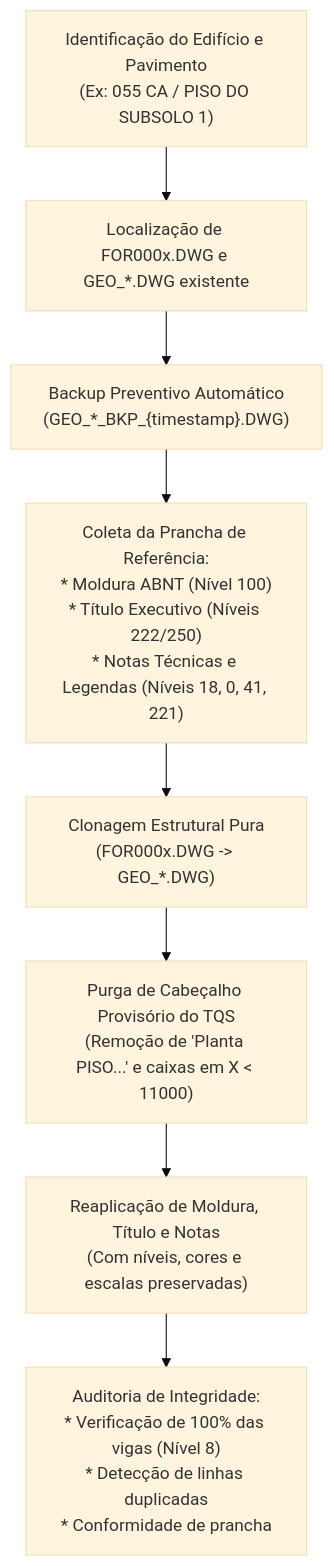
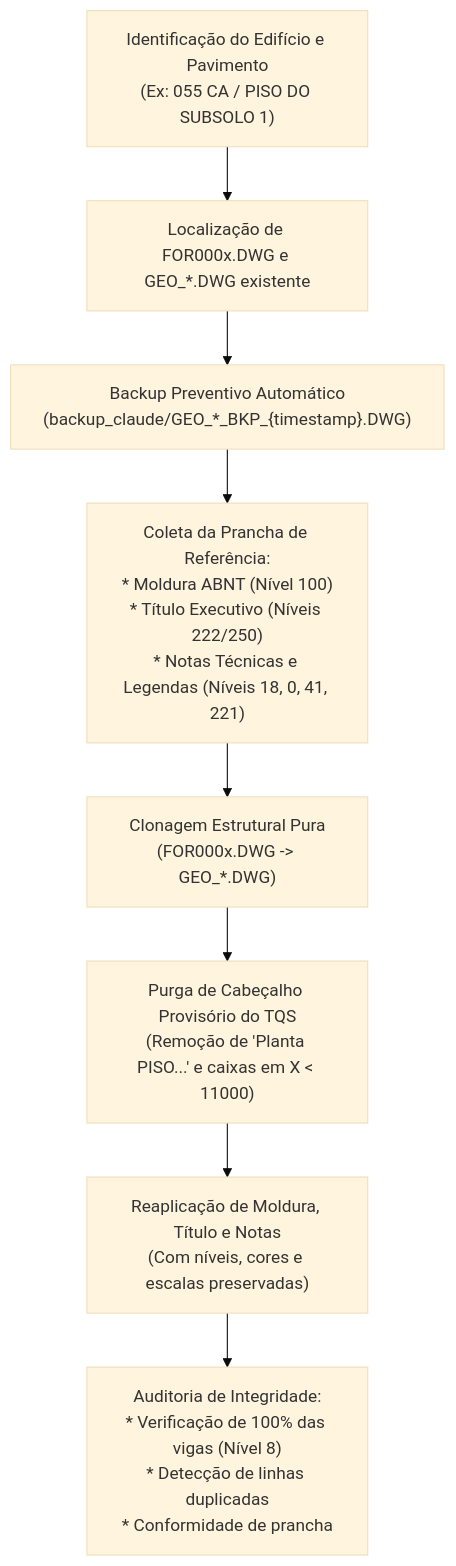
The diagram in .agents/skills/geometria-concreto-armado/SKILL.md (FernandoBZG/AUTQS), drawn with Mermaid (base theme) before and after one commit. The commit also changed 20 other files, not shown here.

````diff
--- a/.agents/skills/geometria-concreto-armado/SKILL.md
+++ b/.agents/skills/geometria-concreto-armado/SKILL.md
@@ -29,10 +29,10 @@
 ```mermaid
 flowchart TD
     A["Identificação do Edifício e Pavimento<br/>(Ex: 055 CA / PISO DO SUBSOLO 1)"] --> B["Localização de FOR000x.DWG e GEO_*.DWG existente"]
-    B --> C["Backup Preventivo Automático<br/>(GEO_*_BKP_{timestamp}.DWG)"]
+    B --> C["Backup Preventivo Automático<br/>(backup_claude/GEO_*_BKP_{timestamp}.DWG)"]
     C --> D["Coleta da Prancha de Referência:<br/>* Moldura ABNT (Nível 100)<br/>* Título Executivo (Níveis 222/250)<br/>* Notas Técnicas e Legendas (Níveis 18, 0, 41, 221)"]
     D --> E["Clonagem Estrutural Pura<br/>(FOR000x.DWG -> GEO_*.DWG)"]
     E --> F["Purga de Cabeçalho Provisório do TQS<br/>(Remoção de 'Planta PISO...' e caixas em X < 11000)"]
     F --> G["Reaplicação de Moldura, Título e Notas<br/>(Com níveis, cores e escalas preservadas)"]
     G --> H["Auditoria de Integridade:<br/>* Verificação de 100% das vigas (Nível 8)<br/>* Detecção de linhas duplicadas<br/>* Conformidade de prancha"]
 ```
````
